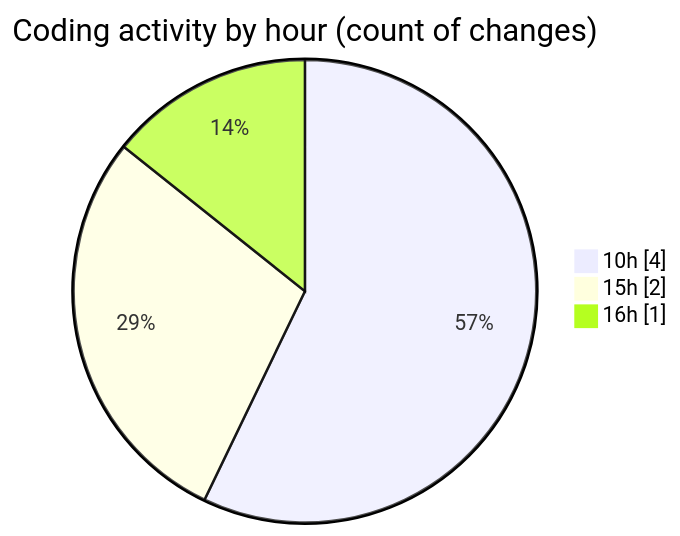
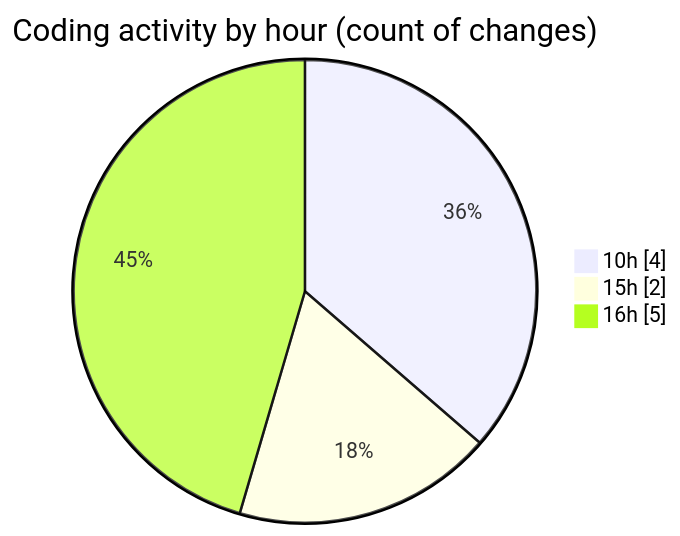
The second of 2 diagrams in 2026-03-03/typescript/README.md (igalym/code-tracking), drawn with Mermaid before and after one commit. The commit also changed other lines of this file and 1 other file, not shown here.

````diff
--- a/2026-03-03/typescript/README.md
+++ b/2026-03-03/typescript/README.md
@@ -30,7 +30,7 @@
 ```mermaid
 pie showData
 title Coding activity by hour (count of changes)
 "10h" : 4
 "15h" : 2
-"16h" : 1
+"16h" : 5
 ```
````
